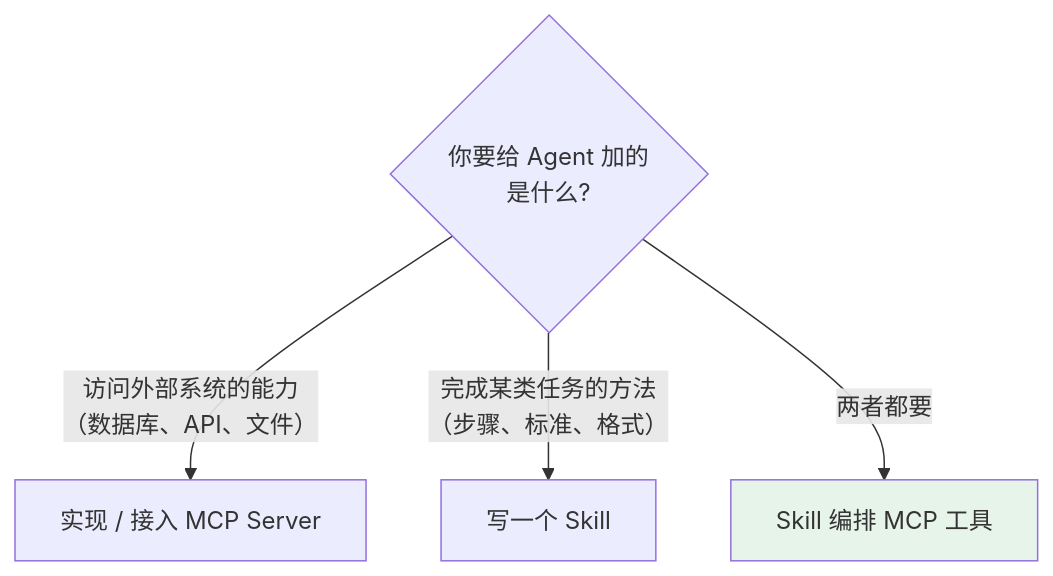
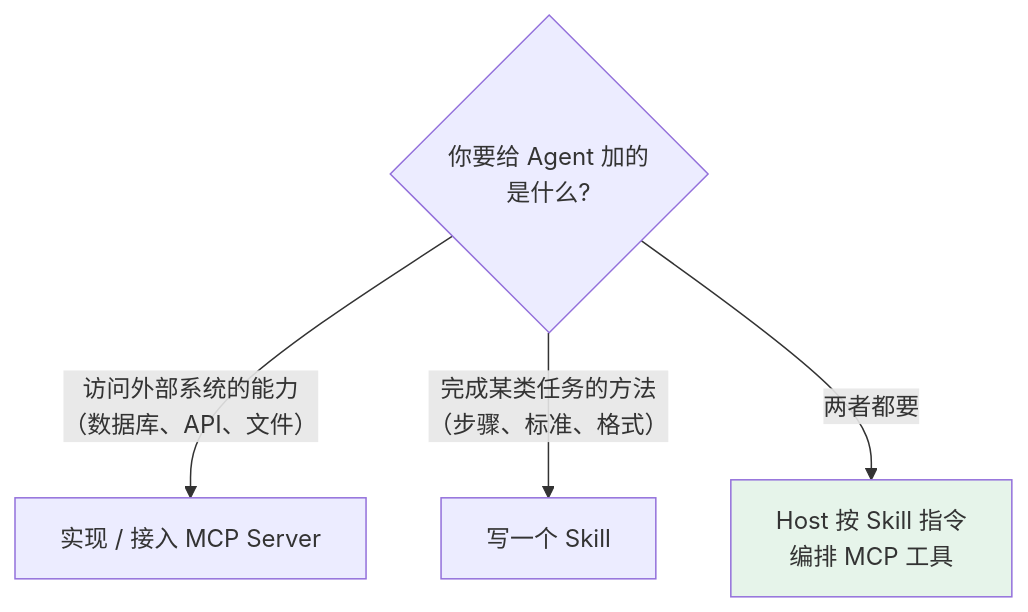
Before and after one commit to oneleaveknowsthefall/awesome-ai-roadmap: the third of 4 diagrams in docs/tools/03-skills/09-skill-vs-mcp.md, drawn with Mermaid. The commit also changed other lines of this file and 50 other files, not shown here.

````diff
--- a/docs/tools/03-skills/09-skill-vs-mcp.md
+++ b/docs/tools/03-skills/09-skill-vs-mcp.md
@@ -100,9 +105,9 @@
 ```mermaid
 flowchart TB
     Q{"你要给 Agent 加的<br/>是什么?"}
     Q -->|"访问外部系统的能力<br/>（数据库、API、文件）"| MCP["实现 / 接入 MCP Server"]
     Q -->|"完成某类任务的方法<br/>（步骤、标准、格式）"| SKILL["写一个 Skill"]
-    Q -->|"两者都要"| BOTH["Skill 编排 MCP 工具"]
+    Q -->|"两者都要"| BOTH["Host 按 Skill 指令<br/>编排 MCP 工具"]
 
     style BOTH fill:#e6f4ea
 ```
````
